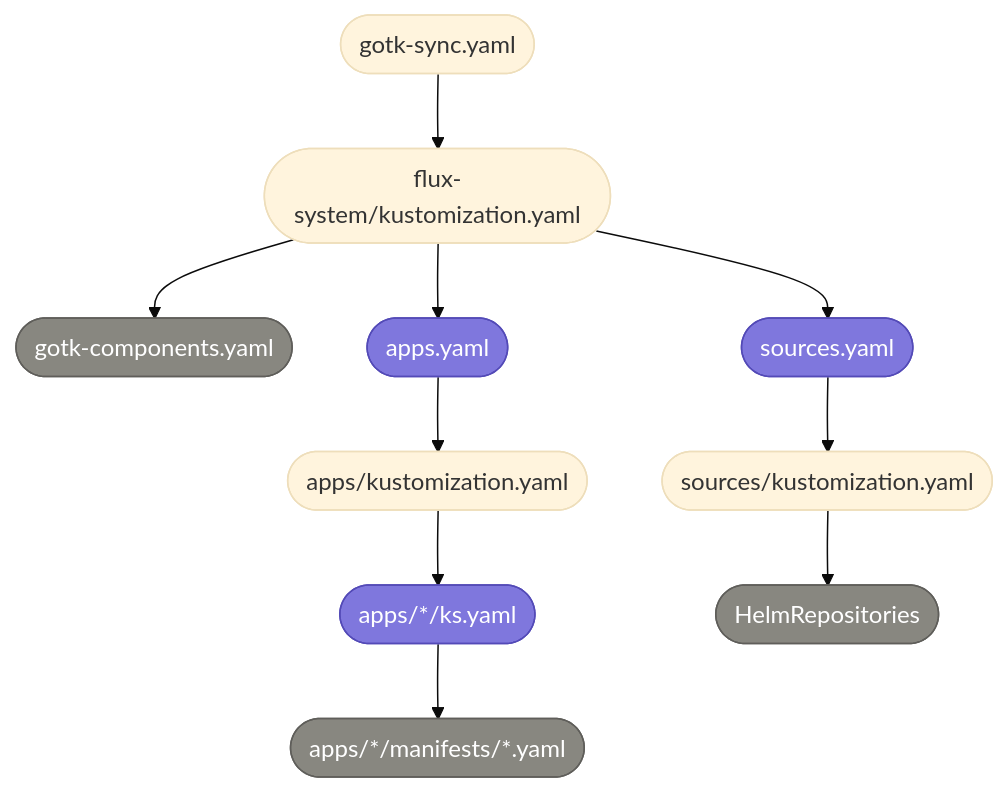
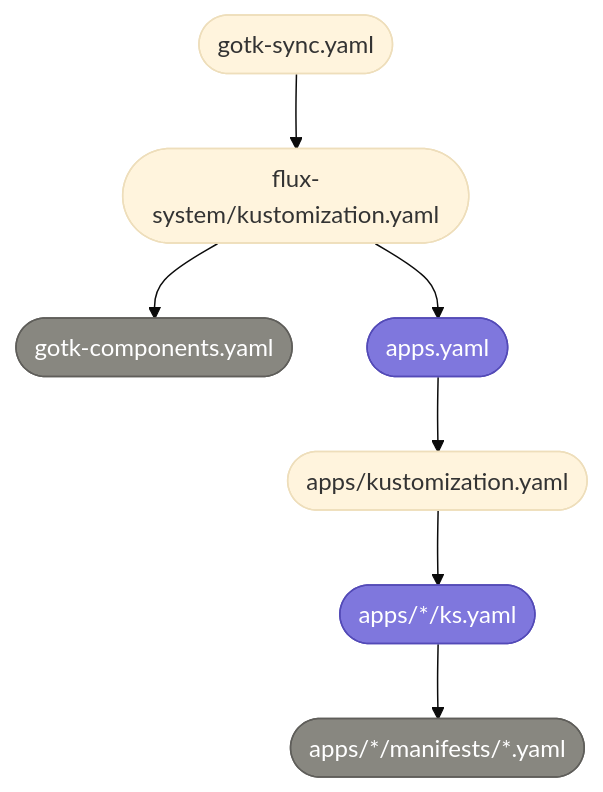
One commit to thdxg/homelab changed the diagram in bootstrap/flux/README.md. Above: the diagram before and after it, drawn with Mermaid (base theme). The commit also changed other lines of this file and 3 other files, not shown here.

````diff
--- a/bootstrap/flux/README.md
+++ b/bootstrap/flux/README.md
@@ -3,15 +6,12 @@
 ```mermaid
 graph TD
     A([gotk-sync.yaml]) --> B([flux-system/kustomization.yaml])
     B --> C([gotk-components.yaml]):::note
     B --> D([apps.yaml]):::ks
-    B --> E([sources.yaml]):::ks
     D --> F([apps/kustomization.yaml])
     F --> G([apps/*/ks.yaml]):::ks
     G --> H([apps/*/manifests/*.yaml]):::note
-    E --> I([sources/kustomization.yaml])
-    I --> J([HelmRepositories]):::note
 
     classDef ks fill:#7F77DD,stroke:#534AB7,color:#fff
     classDef note fill:#888780,stroke:#5F5E5A,color:#fff
 ```
````
